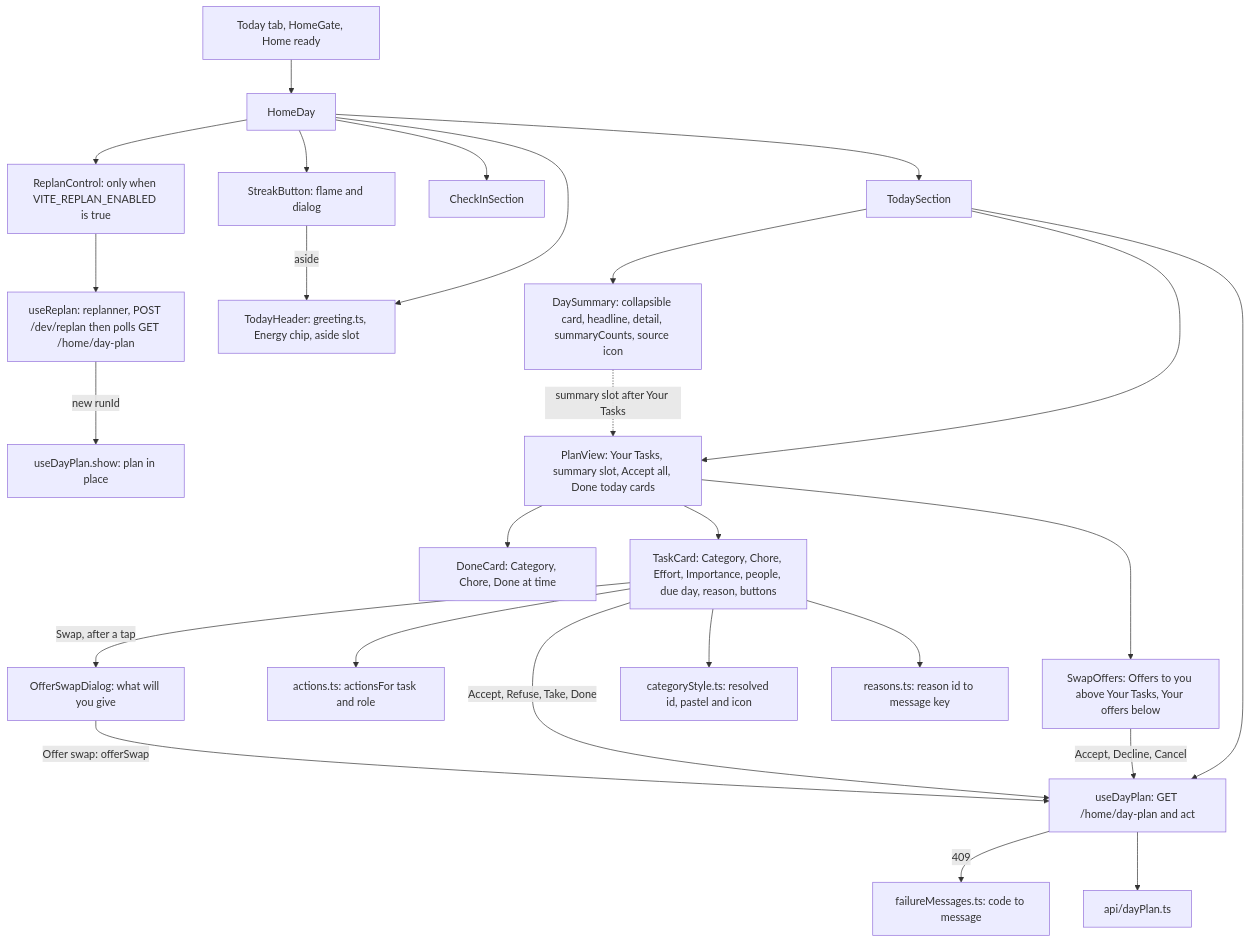
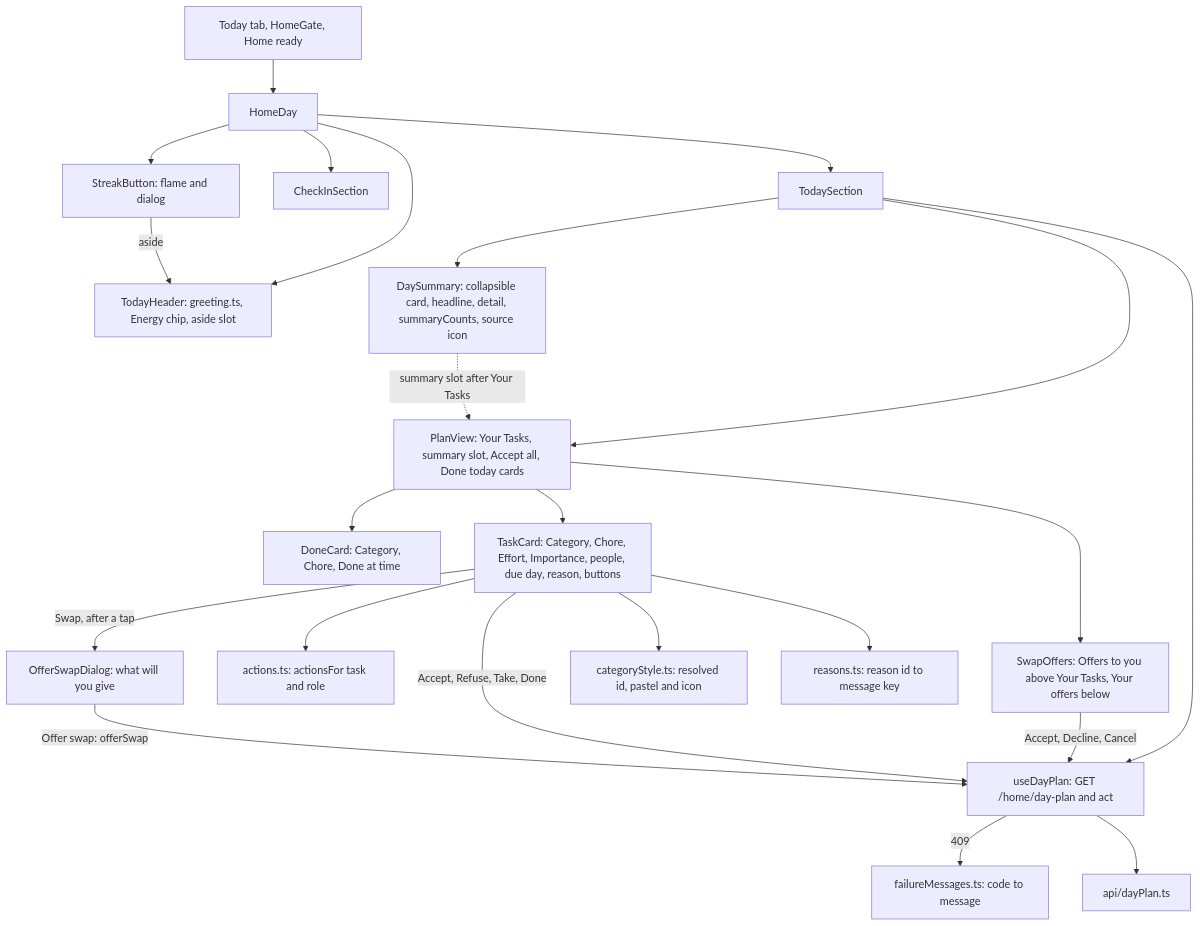
The ninth of 11 diagrams in docs/architecture/web.md (AbnerWillclefy/Homeowner), drawn with Mermaid before and after one commit. The commit also changed other lines of this file and 1 other file, not shown here.

Commit message:
docs(architecture): drop the replan control from the web docs

````diff
--- a/docs/architecture/web.md
+++ b/docs/architecture/web.md
@@ -487,28 +484,25 @@
 ```mermaid
 flowchart TD
     HS[Today tab, HomeGate, Home ready] --> HD[HomeDay]
-    HD --> RC[ReplanControl: only when VITE_REPLAN_ENABLED is true]
-    RC --> UR[useReplan: replanner, POST /dev/replan then polls GET /home/day-plan]
-    UR -->|new runId| SHOW[useDayPlan.show: plan in place]
     HD --> TH[TodayHeader: greeting.ts, Energy chip, aside slot]
     HD --> SB[StreakButton: flame and dialog]
     SB -->|aside| TH
     HD --> CI[CheckInSection]
     HD --> TS[TodaySection]
     TS --> DS[DaySummary: collapsible card, headline, detail, summaryCounts, source icon]
     TS --> UD[useDayPlan: GET /home/day-plan and act]
     TS --> PV[PlanView: Your Tasks, summary slot, Accept all, Done today cards]
     DS -.->|summary slot after Your Tasks| PV
     PV --> SO[SwapOffers: Offers to you above Your Tasks, Your offers below]
     SO -->|Accept, Decline, Cancel| UD
     PV --> DC[DoneCard: Category, Chore, Done at time]
     PV --> TC[TaskCard: Category, Chore, Effort, Importance, people, due day, reason, buttons]
     TC --> AC[actions.ts: actionsFor task and role]
     TC -->|Accept, Refuse, Take, Done| UD
     TC -->|Swap, after a tap| OD[OfferSwapDialog: what will you give]
     OD -->|Offer swap: offerSwap| UD
     UD -->|409| FM[failureMessages.ts: code to message]
     TC --> CS[categoryStyle.ts: resolved id, pastel and icon]
     TC --> R[reasons.ts: reason id to message key]
     UD --> API[api/dayPlan.ts]
 ```
````
